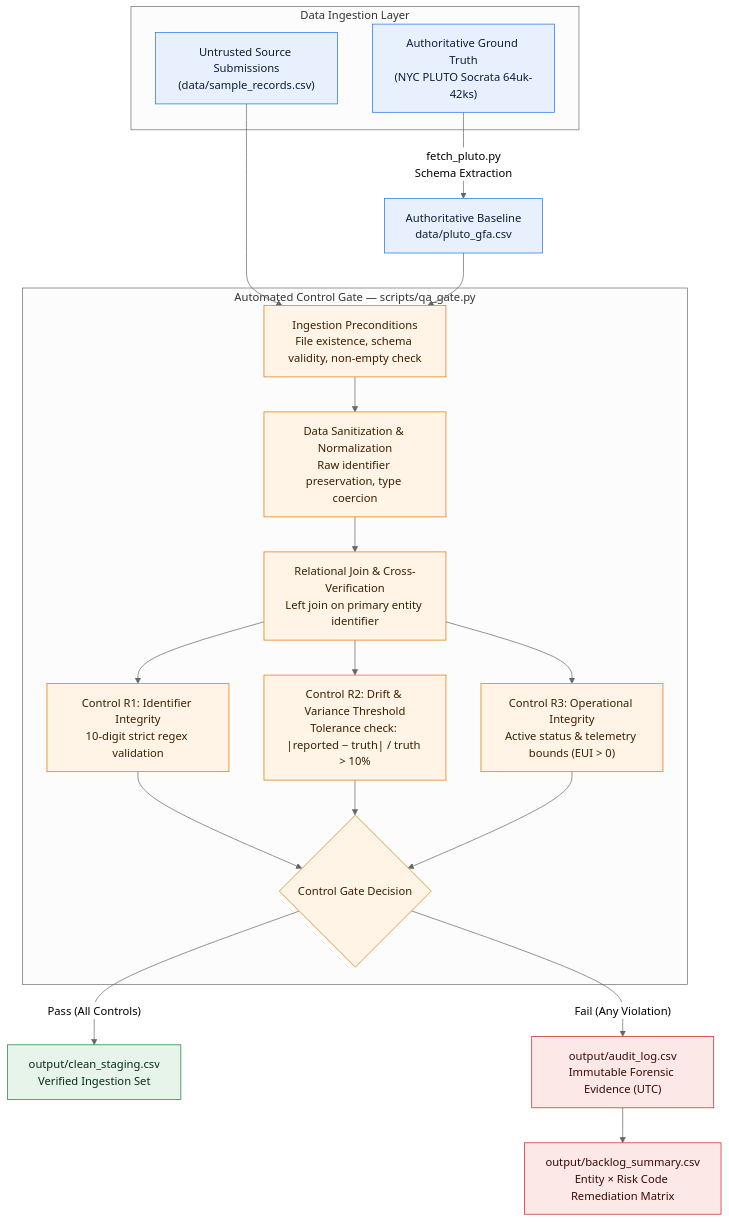
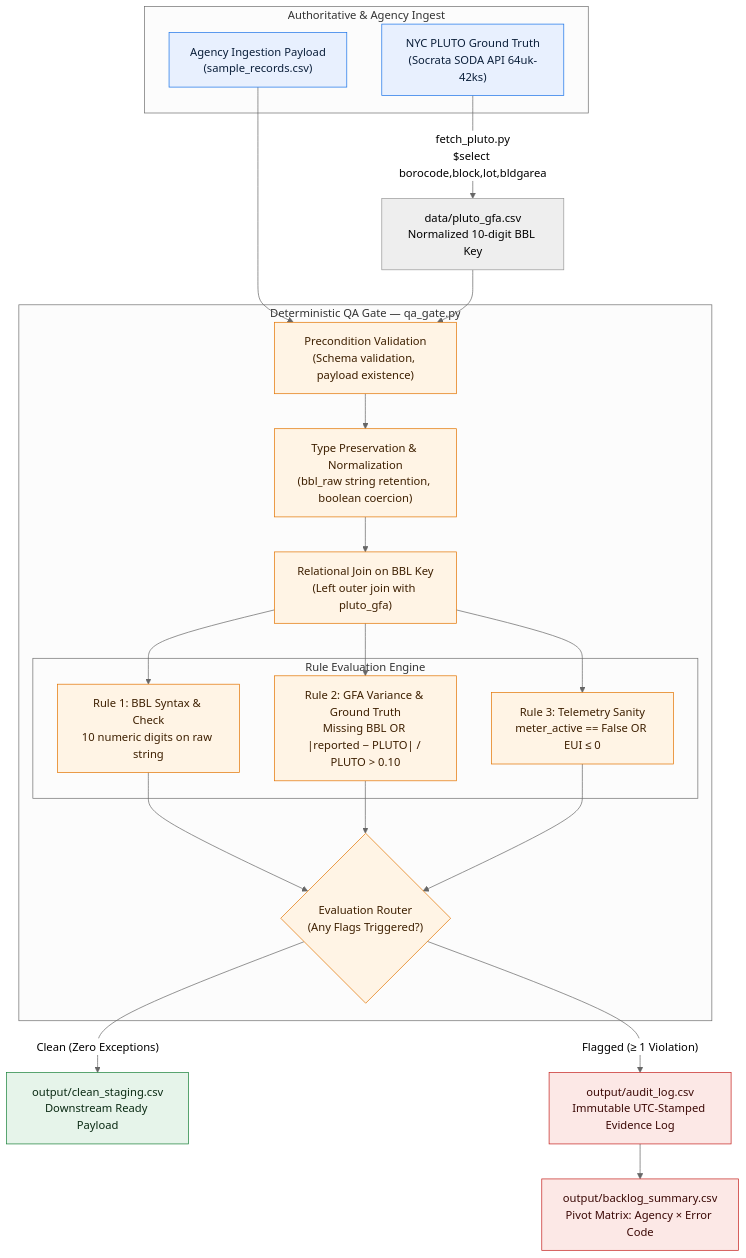
The diagram in README.md (hibdiop/Socrata_Pluto_QA-Audit_Gate), drawn with Mermaid (neutral theme) before and after one commit. The commit also changed other lines of this file, not shown here.

````diff
--- a/README.md
+++ b/README.md
@@ -17,40 +22,49 @@
 ```mermaid
 flowchart TB
-    subgraph SOURCES["Data Ingestion Layer"]
-        S1["Authoritative Ground Truth<br/>(NYC PLUTO Socrata 64uk-42ks)"]
-        S2["Untrusted Source Submissions<br/>(data/sample_records.csv)"]
+    subgraph SOURCES["Authoritative & Agency Ingest"]
+        S1["NYC PLUTO Ground Truth<br/>(Socrata SODA API 64uk-42ks)"]
+        S2["Agency Ingestion Payload<br/>(sample_records.csv)"]
     end
 
-    S1 -->|"fetch_pluto.py<br/>Schema Extraction"| P1["Authoritative Baseline<br/>data/pluto_gfa.csv"]
+    S1 -->|"fetch_pluto.py<br/>$select borocode,block,lot,bldgarea"| P1["data/pluto_gfa.csv<br/>Normalized 10-digit BBL Key"]
     S2 --> G1
+
     P1 --> G1
 
-    subgraph GATE["Automated Control Gate — scripts/qa_gate.py"]
-        G1["Ingestion Preconditions<br/>File existence, schema validity, non-empty check"]
-        G1 --> G2["Data Sanitization & Normalization<br/>Raw identifier preservation, type coercion"]
-        G2 --> G3["Relational Join & Cross-Verification<br/>Left join on primary entity identifier"]
+    subgraph GATE["Deterministic QA Gate — qa_gate.py"]
+        G1["Precondition Validation<br/>(Schema validation, payload existence)"]
+        G2["Type Preservation & Normalization<br/>(bbl_raw string retention, boolean coercion)"]
+        G3["Relational Join on BBL Key<br/>(Left outer join with pluto_gfa)"]
         
-        G3 --> R1["Control R1: Identifier Integrity<br/>10-digit strict regex validation"]
-        G3 --> R2["Control R2: Drift & Variance Threshold<br/>Tolerance check: |reported − truth| / truth > 10%"]
-        G3 --> R3["Control R3: Operational Integrity<br/>Active status & telemetry bounds (EUI > 0)"]
-        
-        R1 --> ROUTE
+        G1 --> G2 --> G3
+
+        subgraph RULES["Rule Evaluation Engine"]
+            R1["Rule 1: BBL Syntax & Check<br/>10 numeric digits on raw string"]
+            R2["Rule 2: GFA Variance & Ground Truth<br/>Missing BBL OR |reported − PLUTO| / PLUTO > 0.10"]
+            R3["Rule 3: Telemetry Sanity<br/>meter_active == False OR EUI ≤ 0"]
+        end
+
+        G3 --> R1
+        G3 --> R2
+        G3 --> R3
+
+        R1 --> ROUTE{"Evaluation Router<br/>(Any Flags Triggered?)"}
         R2 --> ROUTE
         R3 --> ROUTE
-        ROUTE{"Control Gate Decision"}
     end
 
-    ROUTE -->|"Pass (All Controls)"| C1["output/clean_staging.csv<br/>Verified Ingestion Set"]
-    ROUTE -->|"Fail (Any Violation)"| A1["output/audit_log.csv<br/>Immutable Forensic Evidence (UTC)"]
-    A1 --> A2["output/backlog_summary.csv<br/>Entity × Risk Code Remediation Matrix"]
+    ROUTE -->|"Clean (Zero Exceptions)"| C1["output/clean_staging.csv<br/>Downstream Ready Payload"]
+    ROUTE -->|"Flagged (≥ 1 Violation)"| A1["output/audit_log.csv<br/>Immutable UTC-Stamped Evidence Log"]
+    A1 --> A2["output/backlog_summary.csv<br/>Pivot Matrix: Agency × Error Code"]
 
     classDef source fill:#e8f0fe,stroke:#1a73e8,color:#0b1f3a
     classDef gate   fill:#fff4e5,stroke:#e37400,color:#3d1f00
     classDef pass   fill:#e6f4ea,stroke:#188038,color:#0b2b14
     classDef fail   fill:#fce8e6,stroke:#c5221f,color:#3b0906
 
-    class S1,S2,P1 source
+    class S1,S2 source
     class G1,G2,G3,R1,R2,R3,ROUTE gate
     class C1 pass
     class A1,A2 fail
+
 ```
````
